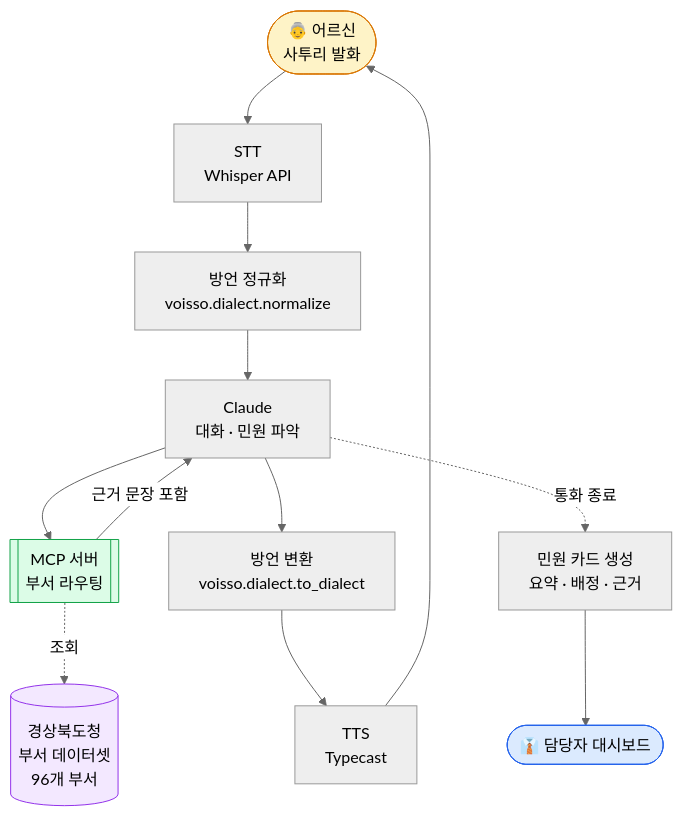
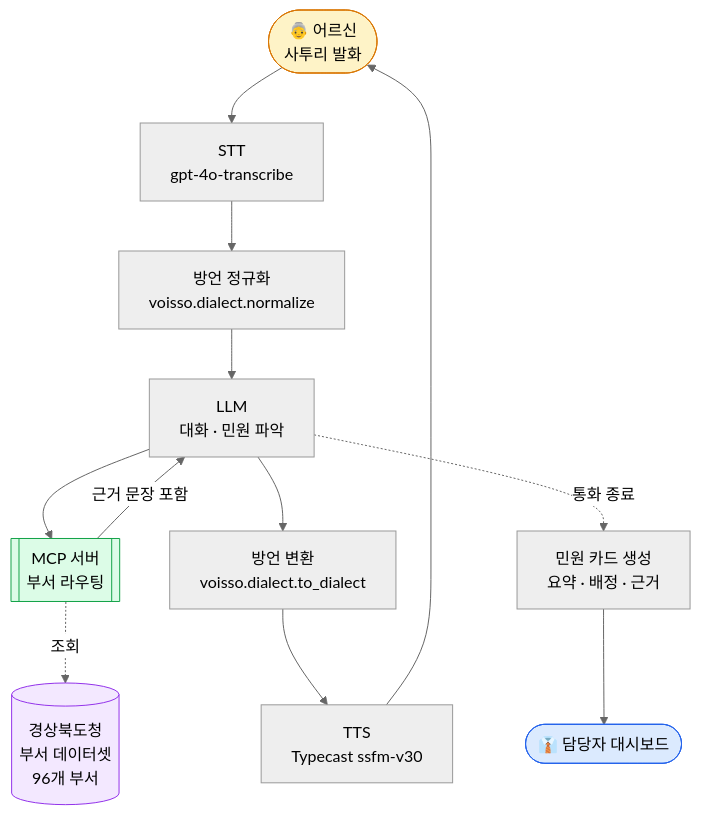
One commit to jangks23/Voisso changed the diagram in README.md. Above: the diagram before and after it, drawn with Mermaid (neutral theme). The commit also changed other lines of this file and 77 other files, not shown here.

````diff
--- a/README.md
+++ b/README.md
@@ -306,21 +397,21 @@
 ```mermaid
 flowchart TD
-    A([👵 어르신<br/>사투리 발화]) --> B[STT<br/>Whisper API]
+    A([👵 어르신<br/>사투리 발화]) --> B[STT<br/>gpt-4o-transcribe]
     B --> C[방언 정규화<br/>voisso.dialect.normalize]
-    C --> D[Claude<br/>대화 · 민원 파악]
+    C --> D[LLM<br/>대화 · 민원 파악]
     D --> E[[MCP 서버<br/>부서 라우팅]]
     E -->|근거 문장 포함| D
     D --> F[방언 변환<br/>voisso.dialect.to_dialect]
-    F --> G[TTS<br/>Typecast]
+    F --> G[TTS<br/>Typecast ssfm-v30]
     G --> A
 
     D -.통화 종료.-> H[민원 카드 생성<br/>요약 · 배정 · 근거]
     H --> I([👔 담당자 대시보드])
 
     E -.조회.-> J[(경상북도청<br/>부서 데이터셋<br/>96개 부서)]
 
     style A fill:#fef3c7,stroke:#d97706,color:#000
     style I fill:#dbeafe,stroke:#2563eb,color:#000
     style E fill:#dcfce7,stroke:#16a34a,color:#000
     style J fill:#f3e8ff,stroke:#9333ea,color:#000
 ```
````
